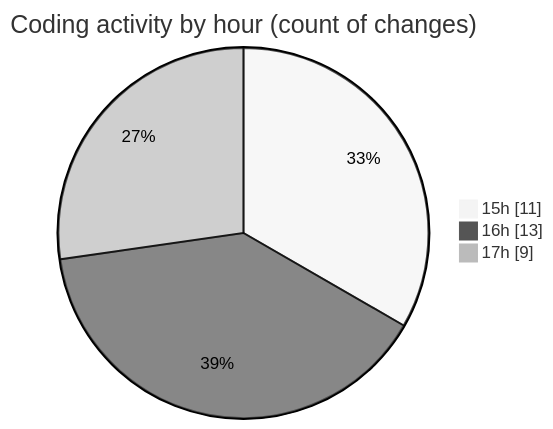
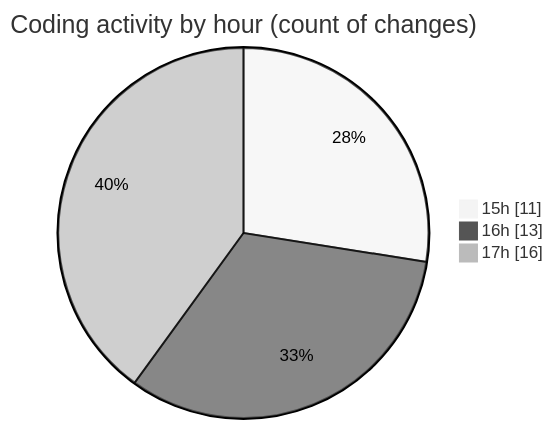
The second of 2 diagrams in 2025-03-08/mbc-web/README.md (robertbonfada/code-tracking), drawn with Mermaid (neutral theme) before and after one commit. The commit also changed other lines of this file and 1 other file, not shown here.

````diff
--- a/2025-03-08/mbc-web/README.md
+++ b/2025-03-08/mbc-web/README.md
@@ -35,7 +37,7 @@
 ```mermaid
 pie showData
 title Coding activity by hour (count of changes)
 "15h" : 11
 "16h" : 13
-"17h" : 9
+"17h" : 16
 ```
````
